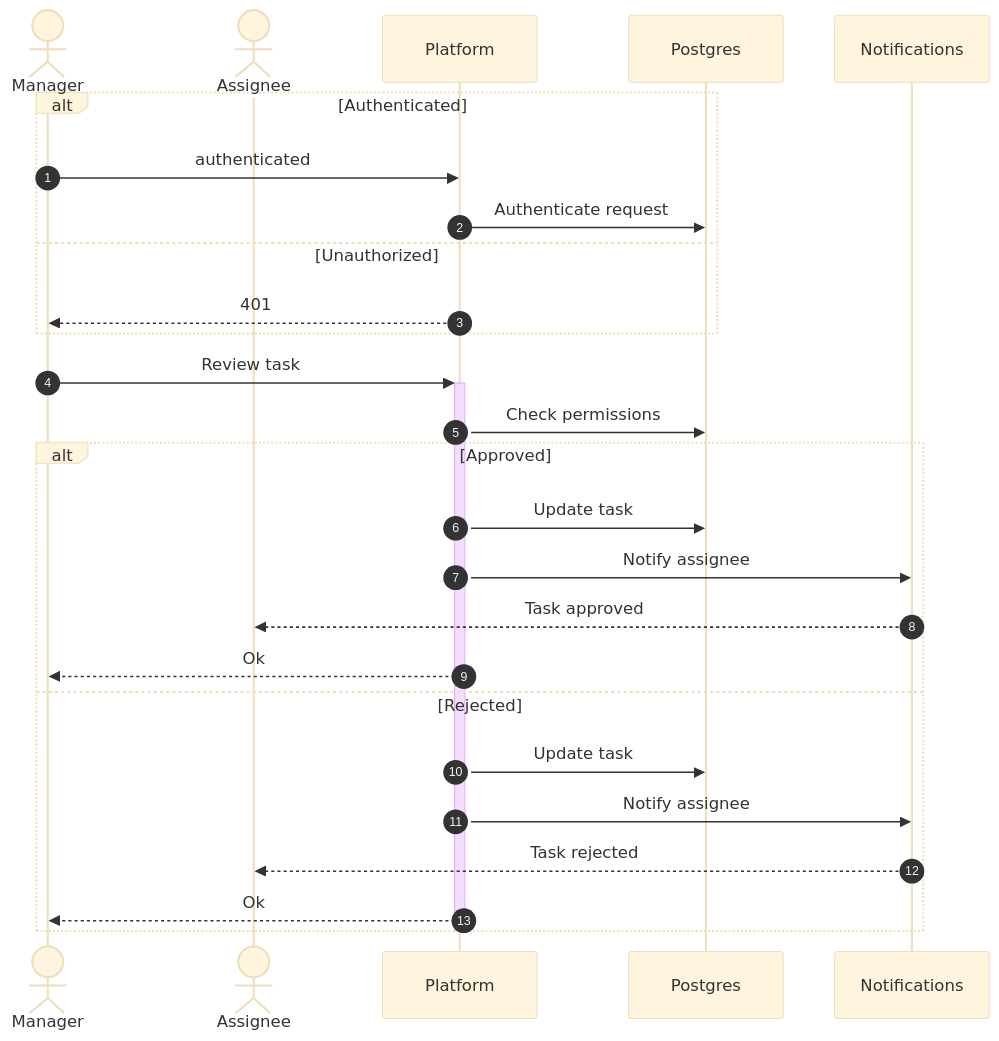
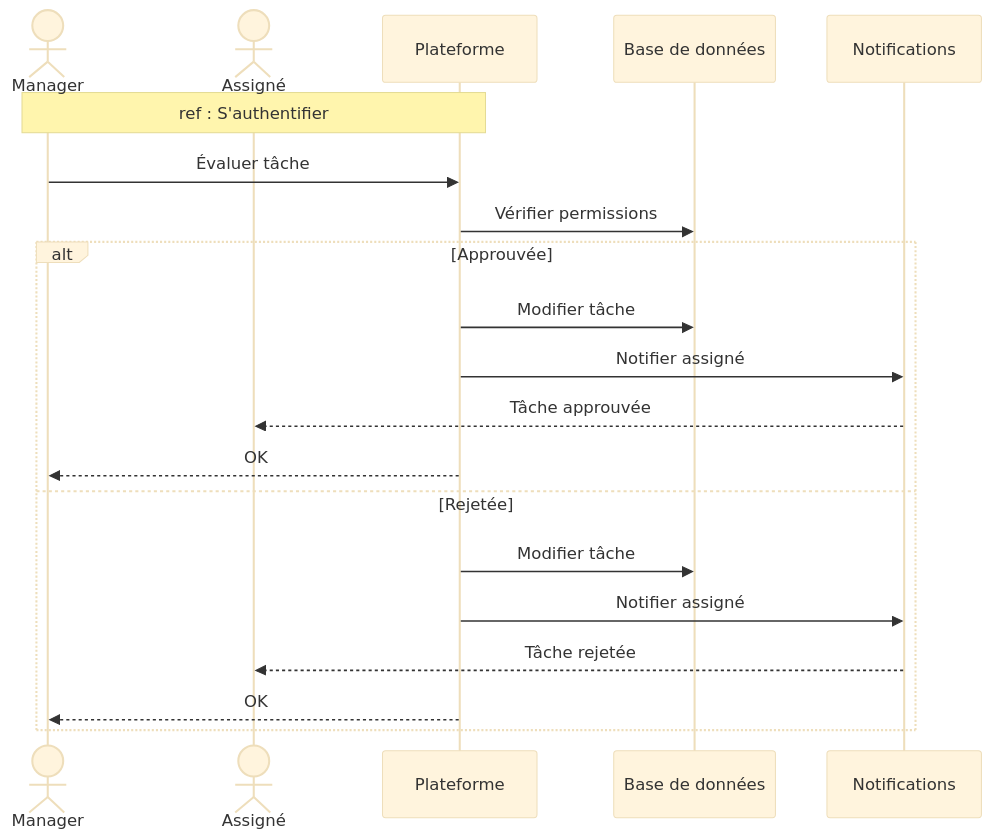
One commit to MohamedChebbi123/teamnest changed diagram 13 of 16 in docs/SEQUENCE_DIAGRAMS.md. Above: the diagram before and after it, drawn with Mermaid (base theme). The commit also changed other lines of this file, not shown here.

````diff
--- a/docs/SEQUENCE_DIAGRAMS.md
+++ b/docs/SEQUENCE_DIAGRAMS.md
@@ -459,31 +387,24 @@
 ```mermaid
 sequenceDiagram
-    autonumber
     actor Manager
-    actor Assignee
-    participant API as Platform
-    participant DB as Postgres
+    actor Assignee as Assigné
+    participant API as Plateforme
+    participant DB as Base de données
     participant Notif as Notifications
 
-    alt Authenticated
-        Manager->>API: authenticated
-        API->>DB: Authenticate request
-    else Unauthorized
-        API-->>Manager: 401
+    Note over Manager,API: ref : S'authentifier
+
+    Manager->>API: Évaluer tâche
+    API->>DB: Vérifier permissions
+    alt Approuvée
+        API->>DB: Modifier tâche
+        API->>Notif: Notifier assigné
+        Notif-->>Assignee: Tâche approuvée
+        API-->>Manager: OK
+    else Rejetée
+        API->>DB: Modifier tâche
+        API->>Notif: Notifier assigné
+        Notif-->>Assignee: Tâche rejetée
+        API-->>Manager: OK
     end
-
-    Manager->>+API: Review task
-    API->>DB: Check permissions
-    alt Approved
-        API->>DB: Update task
-        API->>Notif: Notify assignee
-        Notif-->>Assignee: Task approved
-        API-->>Manager: Ok
-    else Rejected
-        API->>DB: Update task
-        API->>Notif: Notify assignee
-        Notif-->>Assignee: Task rejected
-        API-->>Manager: Ok
-    end
-    deactivate API
 ```
````
